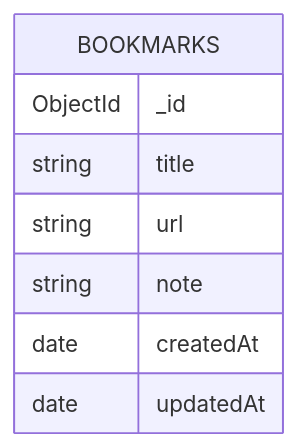
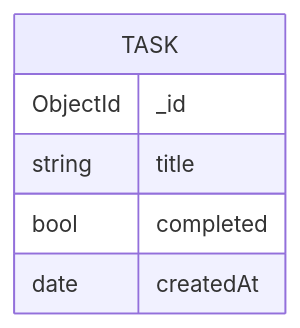
The diagram in EDD.md (mongodb-developer/nextjs-template-mongodb), drawn with Mermaid before and after one commit. The commit also changed other lines of this file and 43 other files, not shown here.

````diff
--- a/EDD.md
+++ b/EDD.md
@@ -56,11 +44,11 @@
 ```mermaid
 erDiagram
-    BOOKMARKS {
+    %% No application entities are defined yet.
+    %% Example placeholder for when you extend the template:
+    TASK {
         ObjectId _id
         string title
-        string url
-        string note
+        bool completed
         date createdAt
-        date updatedAt
     }
 ```
````
